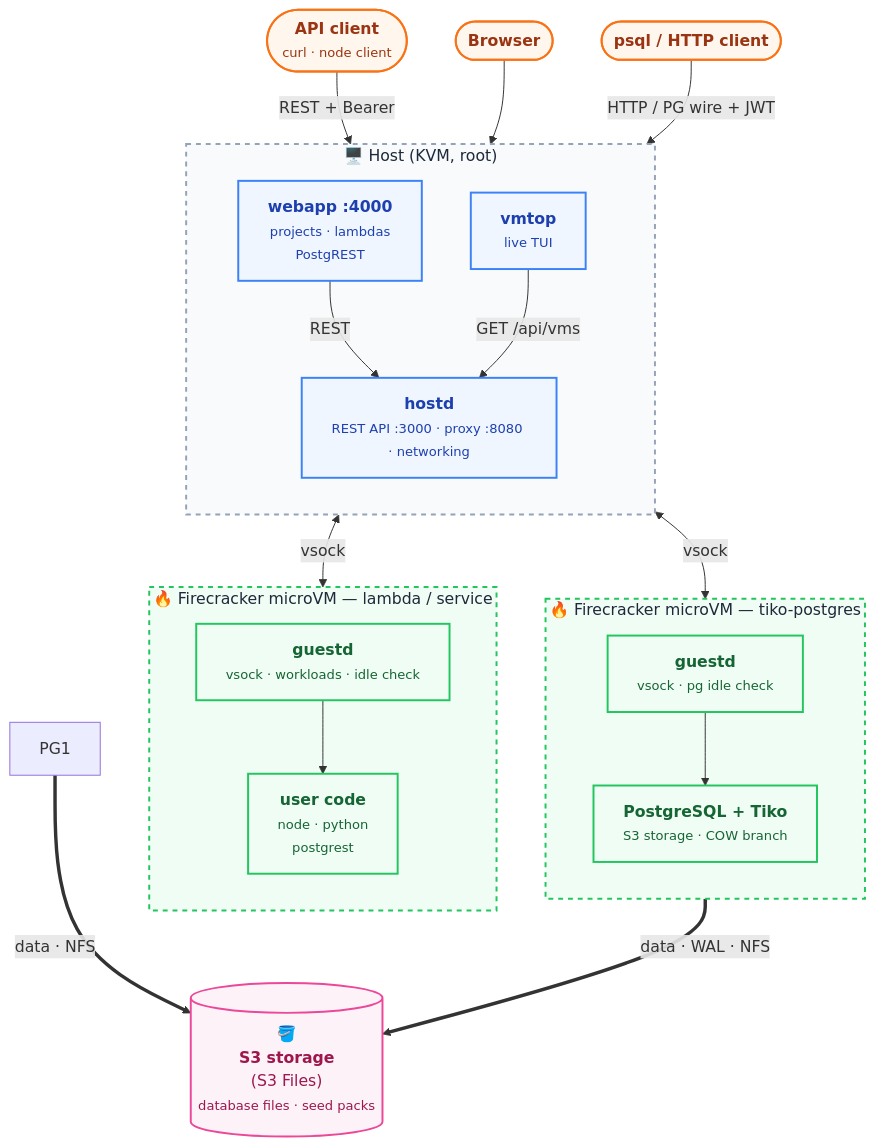
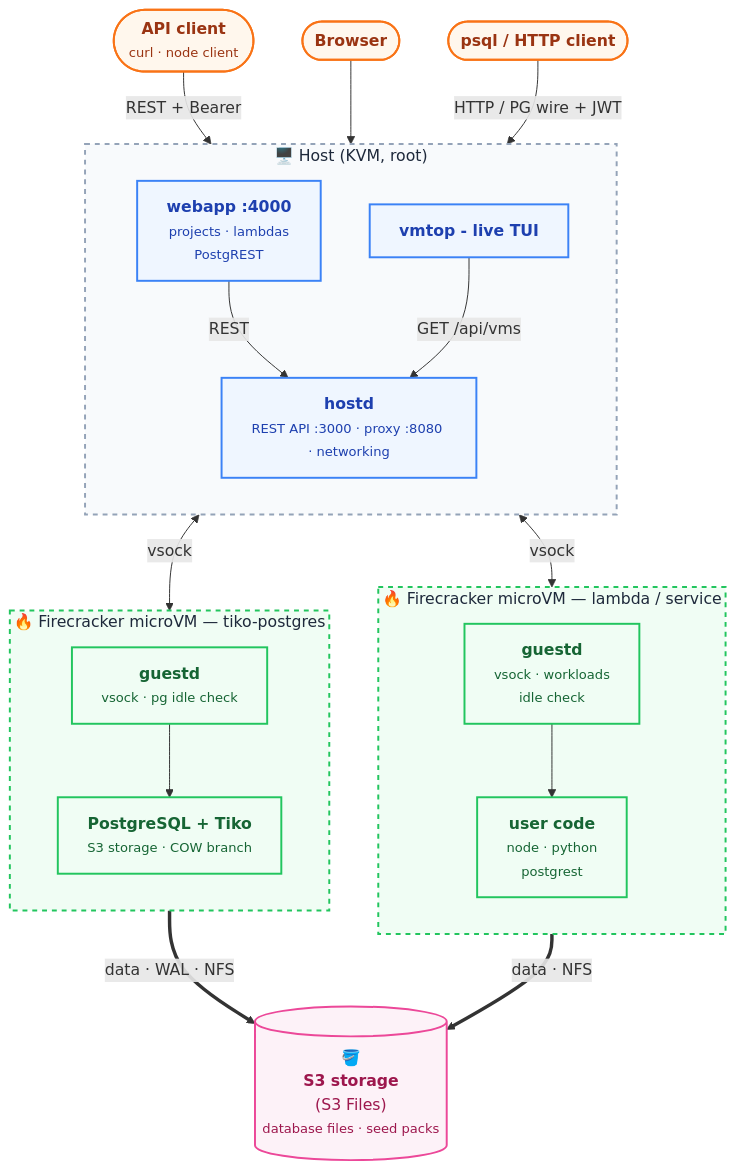
One commit to burmecia/tikovm changed the diagram in README.md. Above: the diagram before and after it, drawn with Mermaid.

Commit message:
update README diagram

````diff
--- a/README.md
+++ b/README.md
@@ -48,55 +48,55 @@
 ```mermaid
 %%{init: {"themeVariables": {"titleColor": "#1e293b", "clusterBkg": "#f8fafc", "clusterBorder": "#94a3b8"}}}%%
 flowchart TB
   Client(["<b>API client</b><br/><small>curl · node client</small>"])
   Browser(["<b>Browser</b>"])
   Psql(["<b>psql / HTTP client</b>"])
 
   subgraph Host ["🖥️ Host (KVM, root)"]
     direction TB
     Hostd["<b>hostd</b><br/><small>REST API :3000 · proxy :8080 · networking</small>"]
     Webapp["<b>webapp :4000</b><br/><small>projects · lambdas<br/>PostgREST</small>"]
-    Vmtop["<b>vmtop</b><br/><small>live TUI</small>"]
+    Vmtop["<b>vmtop - live TUI</b>"]
   end
 
   subgraph VM1 ["🔥 Firecracker microVM — lambda / service"]
     direction TB
-    Guest1["<b>guestd</b><br/><small>vsock · workloads · idle check</small>"]
+    Guest1["<b>guestd</b><br/><small>vsock · workloads<br/>idle check</small>"]
     App1["<b>user code</b><br/><small>node · python<br/>postgrest</small>"]
     Guest1 --> App1
   end
 
   subgraph VM2 ["🔥 Firecracker microVM — tiko-postgres"]
     direction TB
     Guest2["<b>guestd</b><br/><small>vsock · pg idle check</small>"]
     PG2["<b>PostgreSQL + Tiko</b><br/><small>S3 storage · COW branch</small>"]
     Guest2 --> PG2
   end
 
   S3[("🪣<br/><b>S3 storage</b><br/>(S3 Files)<br/><small>database files · seed packs</small>")]
 
   Client -->|REST + Bearer| Hostd
   Browser --> Webapp
   Webapp -->|REST| Hostd
   Vmtop -->|GET /api/vms| Hostd
   Psql -->|HTTP / PG wire + JWT| Hostd
   Hostd <-->|vsock| Guest1
   Hostd <-->|vsock| Guest2
   PG2 ==>|data · WAL · NFS| S3
-  PG1 ==>|data · NFS| S3
+  App1 ==>|data · NFS| S3
 
   classDef client fill:#fff7ed,stroke:#f97316,stroke-width:2px,color:#9a3412
   classDef control fill:#eff6ff,stroke:#3b82f6,stroke-width:2px,color:#1e40af
   classDef vm fill:#f0fdf4,stroke:#22c55e,stroke-width:2px,color:#166534
   classDef storage fill:#fdf2f8,stroke:#ec4899,stroke-width:2px,color:#9d174d
 
   class Client,Browser,Psql client
   class Hostd,Webapp,Vmtop control
   class Guest1,App1,Guest2,PG2 vm
   class S3 storage
 
   style Host fill:#f8fafc,stroke:#94a3b8,stroke-width:2px,stroke-dasharray:5 5
   style VM1 fill:#f0fdf4,stroke:#22c55e,stroke-width:2px,stroke-dasharray:5 5
   style VM2 fill:#f0fdf4,stroke:#22c55e,stroke-width:2px,stroke-dasharray:5 5
   style S3 fill:#fdf2f8,stroke:#ec4899,stroke-width:2px
 ```
````
